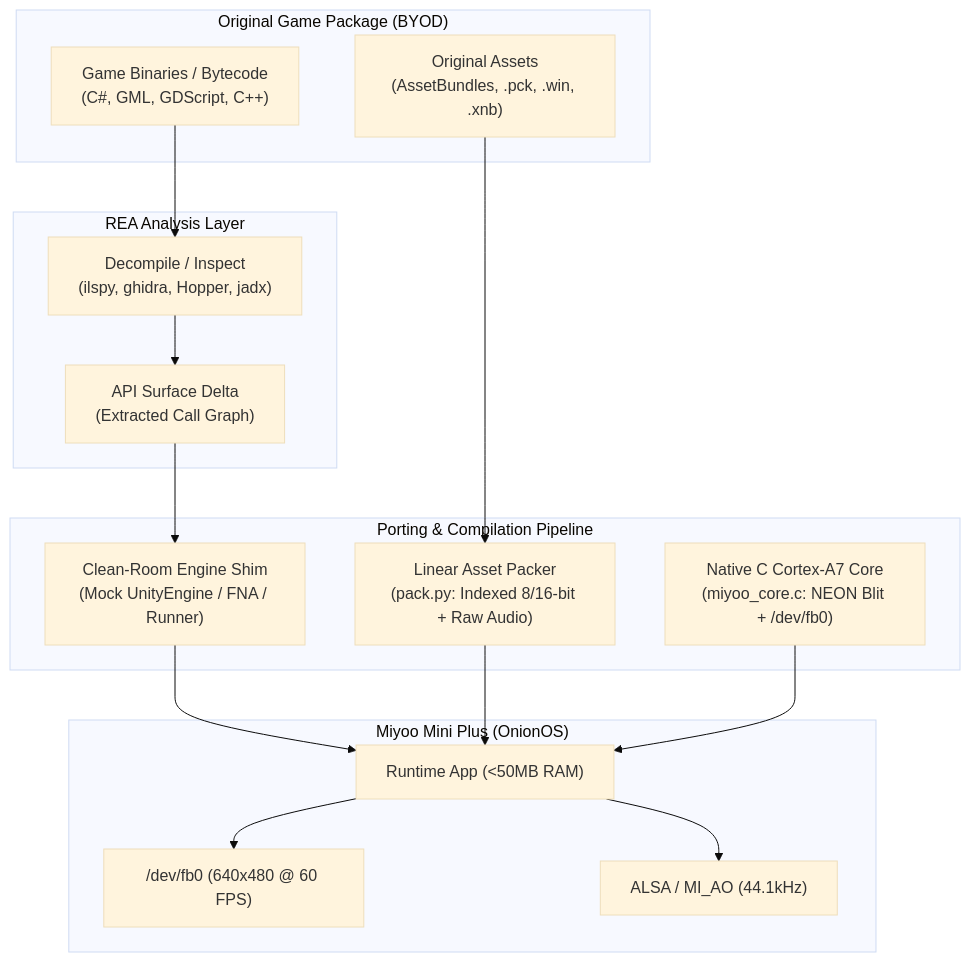
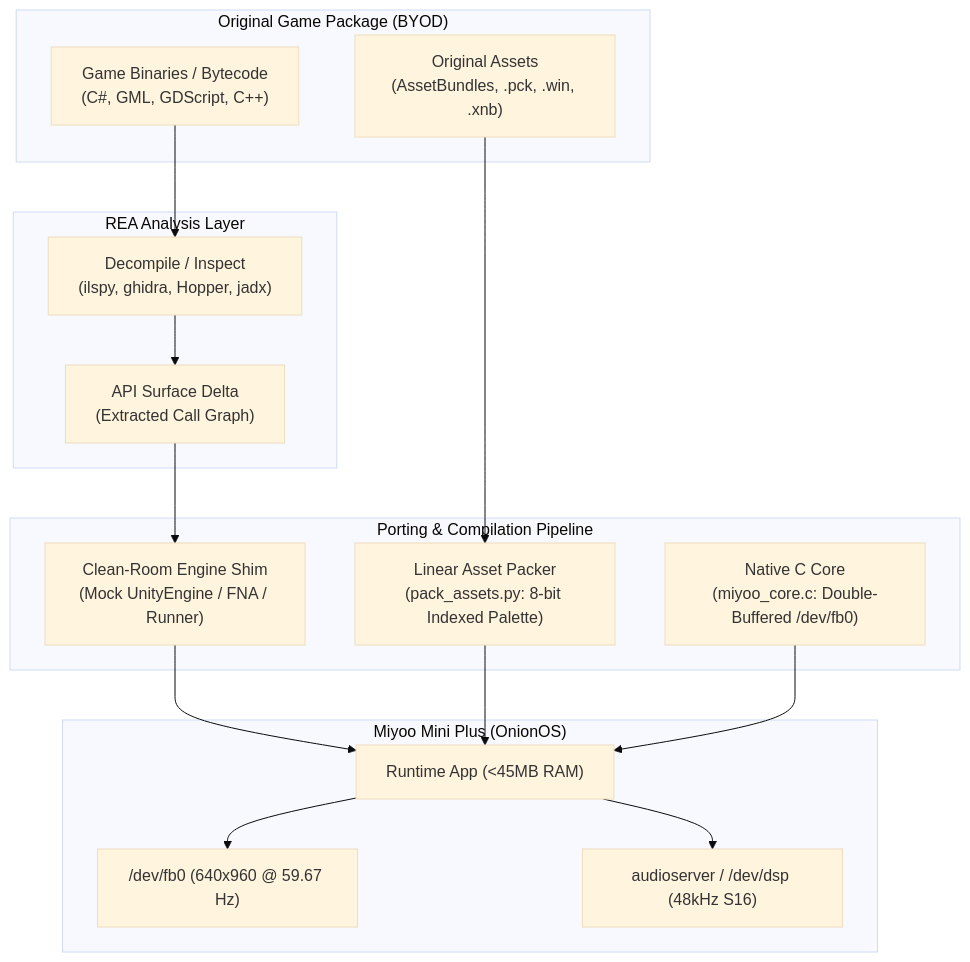
Before and after one commit to devarshi16/miyoo-game-port: the diagram in SKILL.md, drawn with Mermaid (base theme). The commit also changed other lines of this file and 7 other files, not shown here.

Commit message:
Update skill and core templates with verified Miyoo Mini hardware field notes (v1.1.0)

````diff
--- a/SKILL.md
+++ b/SKILL.md
@@ -40,34 +41,34 @@
 ```mermaid
 flowchart TD
     subgraph OriginalGame["Original Game Package (BYOD)"]
         BIN["Game Binaries / Bytecode\n(C#, GML, GDScript, C++)"]
         DAT["Original Assets\n(AssetBundles, .pck, .win, .xnb)"]
     end
 
     subgraph REA["REA Analysis Layer"]
         DECOMP["Decompile / Inspect\n(ilspy, ghidra, Hopper, jadx)"]
         GRAPH["API Surface Delta\n(Extracted Call Graph)"]
     end
 
     subgraph PortPipeline["Porting & Compilation Pipeline"]
         SHIM["Clean-Room Engine Shim\n(Mock UnityEngine / FNA / Runner)"]
-        PACK["Linear Asset Packer\n(pack.py: Indexed 8/16-bit + Raw Audio)"]
-        CORE["Native C Cortex-A7 Core\n(miyoo_core.c: NEON Blit + /dev/fb0)"]
+        PACK["Linear Asset Packer\n(pack_assets.py: 8-bit Indexed Palette)"]
+        CORE["Native C Core\n(miyoo_core.c: Double-Buffered /dev/fb0)"]
     end
 
     subgraph MiyooDevice["Miyoo Mini Plus (OnionOS)"]
-        RUN["Runtime App (<50MB RAM)"]
-        FB["/dev/fb0 (640x480 @ 60 FPS)"]
-        AUDIO["ALSA / MI_AO (44.1kHz)"]
+        RUN["Runtime App (<45MB RAM)"]
+        FB["/dev/fb0 (640x960 @ 59.67 Hz)"]
+        AUDIO["audioserver / /dev/dsp (48kHz S16)"]
     end
 
     BIN --> DECOMP
     DECOMP --> GRAPH
     GRAPH --> SHIM
     DAT --> PACK
     SHIM --> RUN
     PACK --> RUN
     CORE --> RUN
     RUN --> FB
     RUN --> AUDIO
 ```
````
